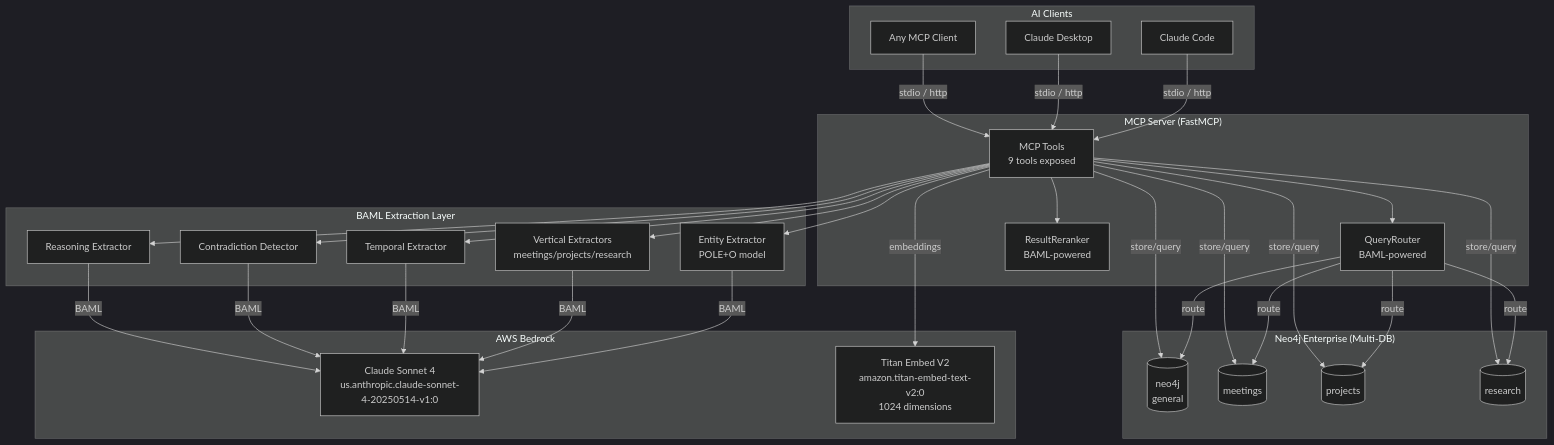
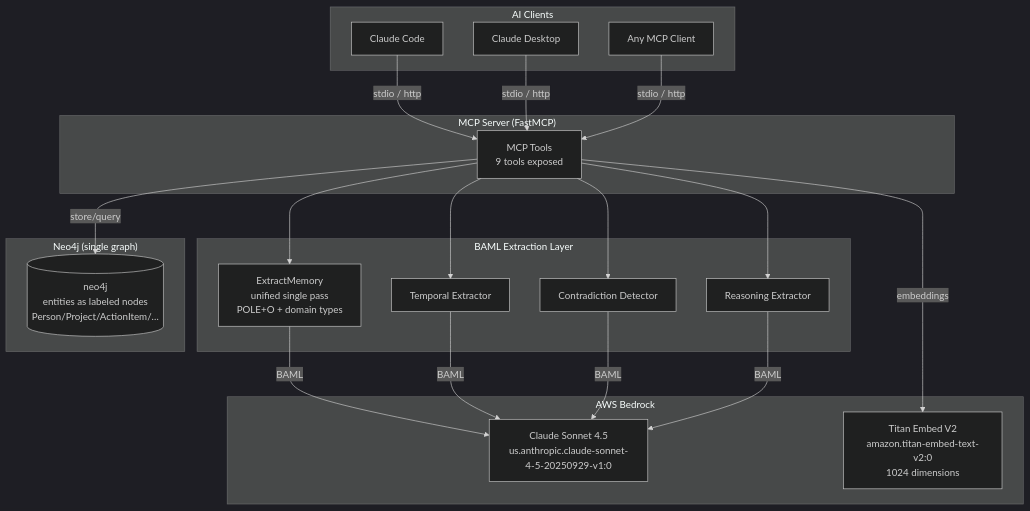
Before and after one commit to MuddyBootsCode/neo4j-agent-memory-mcp: the first of 7 diagrams in README.md, drawn with Mermaid (dark theme). The commit also changed other lines of this file and 2 other files, not shown here.

First line of the commit message:
docs: rewrite README for single-graph architecture; note upgrade status

````diff
--- a/README.md
+++ b/README.md
@@ -7,43 +7,34 @@
 ```mermaid
 graph TB
     subgraph "AI Clients"
         CC[Claude Code]
         CD[Claude Desktop]
         API[Any MCP Client]
     end
 
     subgraph "MCP Server (FastMCP)"
         T[MCP Tools<br/>9 tools exposed]
-        R[QueryRouter<br/>BAML-powered]
-        RR[ResultReranker<br/>BAML-powered]
     end
 
     subgraph "BAML Extraction Layer"
-        EE[Entity Extractor<br/>POLE+O model]
-        VE[Vertical Extractors<br/>meetings/projects/research]
+        EE[ExtractMemory<br/>unified single pass<br/>POLE+O + domain types]
         TE[Temporal Extractor]
         CD2[Contradiction Detector]
         RE[Reasoning Extractor]
     end
 
     subgraph "AWS Bedrock"
-        CS[Claude Sonnet 4<br/>us.anthropic.claude-sonnet-4-20250514-v1:0]
+        CS[Claude Sonnet 4.5<br/>us.anthropic.claude-sonnet-4-5-20250929-v1:0]
         TT[Titan Embed V2<br/>amazon.titan-embed-text-v2:0<br/>1024 dimensions]
     end
 
-    subgraph "Neo4j Enterprise (Multi-DB)"
-        G[(neo4j<br/>general)]
-        M[(meetings)]
-        P[(projects)]
-        Rs[(research)]
+    subgraph "Neo4j (single graph)"
+        G[(neo4j<br/>entities as labeled nodes<br/>Person/Project/ActionItem/…)]
     end
 
     CC & CD & API -->|stdio / http| T
-    T --> R
-    T --> RR
-    T --> EE & VE & TE & CD2 & RE
-    EE & VE & TE & CD2 & RE -->|BAML| CS
+    T --> EE & TE & CD2 & RE
+    EE & TE & CD2 & RE -->|BAML| CS
     T -->|embeddings| TT
-    R -->|route| G & M & P & Rs
-    T -->|store/query| G & M & P & Rs
+    T -->|store/query| G
 ```
````
